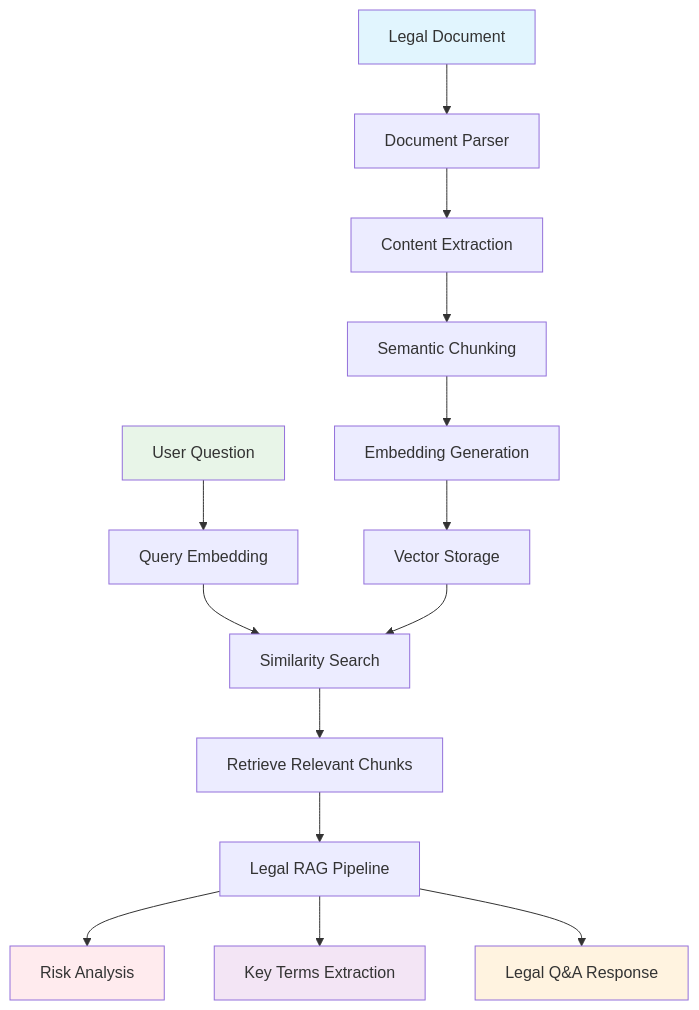
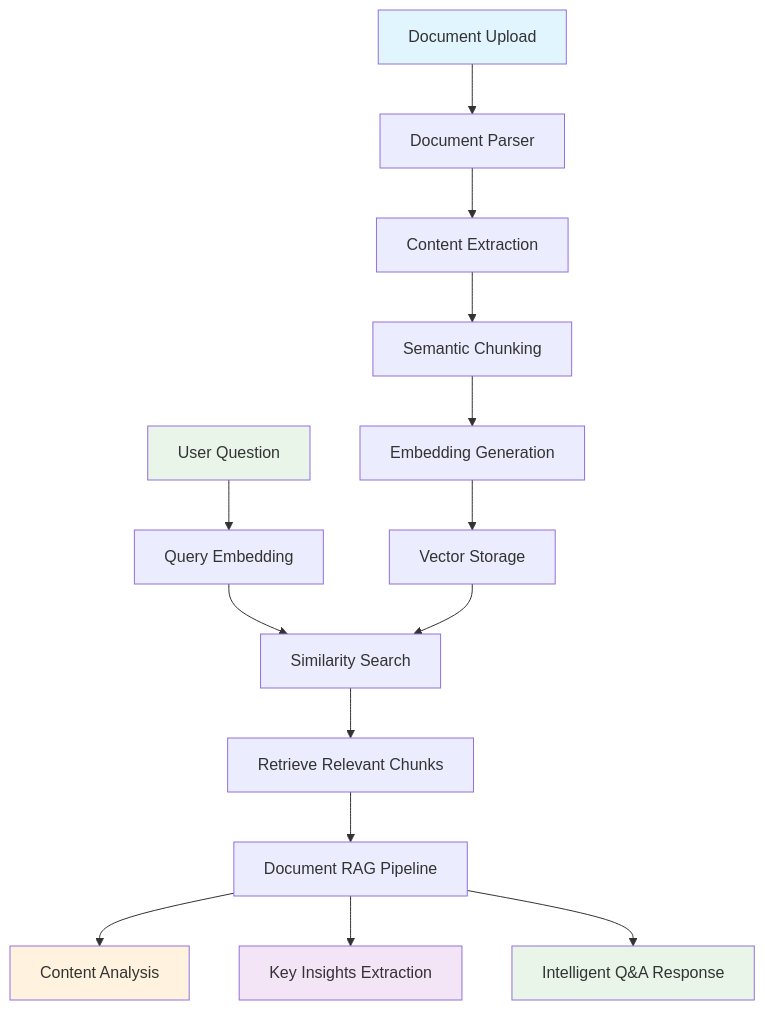
The diagram in api/demos/document_qa_chatbot/README.md (learnwithparam/monkey-kata), drawn with Mermaid before and after one commit. The commit also changed other lines of this file and 4 other files, not shown here.

````diff
--- a/api/demos/document_qa_chatbot/README.md
+++ b/api/demos/document_qa_chatbot/README.md
@@ -17,23 +17,23 @@
 ```mermaid
 graph TD
-    A[Legal Document] --> B[Document Parser]
+    A[Document Upload] --> B[Document Parser]
     B --> C[Content Extraction]
     C --> D[Semantic Chunking]
     D --> E[Embedding Generation]
     E --> F[Vector Storage]
     
     G[User Question] --> H[Query Embedding]
     H --> I[Similarity Search]
     F --> I
     I --> J[Retrieve Relevant Chunks]
-    J --> K[Legal RAG Pipeline]
-    K --> L[Risk Analysis]
-    K --> M[Key Terms Extraction]
-    K --> N[Legal Q&A Response]
+    J --> K[Document RAG Pipeline]
+    K --> L[Content Analysis]
+    K --> M[Key Insights Extraction]
+    K --> N[Intelligent Q&A Response]
     
     style A fill:#e1f5fe
     style G fill:#e8f5e8
-    style L fill:#ffebee
+    style L fill:#fff3e0
     style M fill:#f3e5f5
-    style N fill:#fff3e0
+    style N fill:#e8f5e8
 ```
````
